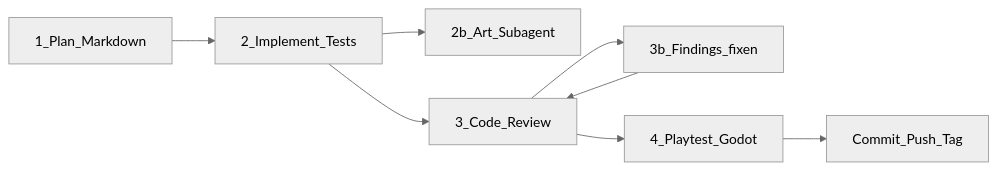
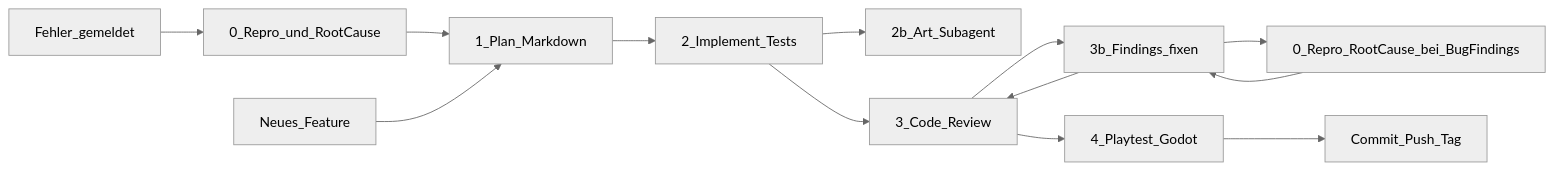
Before and after one commit to stefanObs/transforming-rescue-mechs: the diagram in docs/ENTWICKLUNGSABLAUF.md, drawn with Mermaid (neutral theme). The commit also changed other lines of this file and 7 other files, not shown here.

First line of the commit message:
Require repro and root-cause analysis before bug fixes.

````diff
--- a/docs/ENTWICKLUNGSABLAUF.md
+++ b/docs/ENTWICKLUNGSABLAUF.md
@@ -7,10 +7,15 @@
 ```mermaid
 flowchart LR
-  P[1_Plan_Markdown] --> I[2_Implement_Tests]
+  Bug[Fehler_gemeldet] --> RCA[0_Repro_und_RootCause]
+  RCA --> P[1_Plan_Markdown]
+  Feature[Neues_Feature] --> P
+  P --> I[2_Implement_Tests]
   I --> A[2b_Art_Subagent]
   I --> R[3_Code_Review]
   R --> F[3b_Findings_fixen]
+  F --> RCA2[0_Repro_RootCause_bei_BugFindings]
+  RCA2 --> F
   F --> R
   R --> T[4_Playtest_Godot]
   T --> Done[Commit_Push_Tag]
 ```
````
